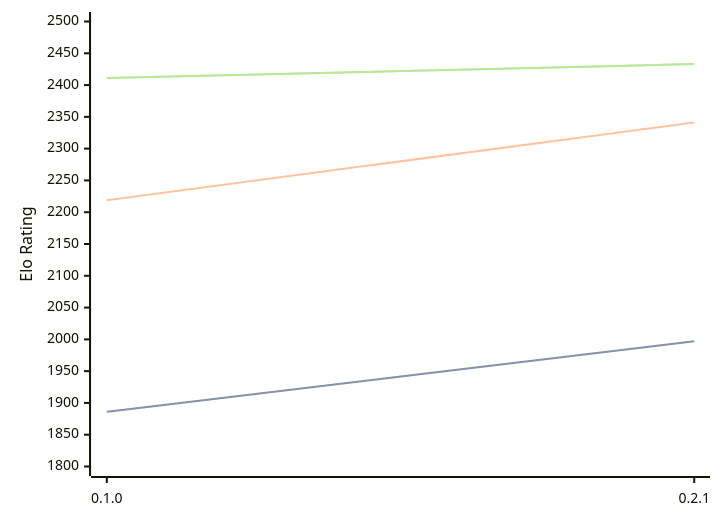
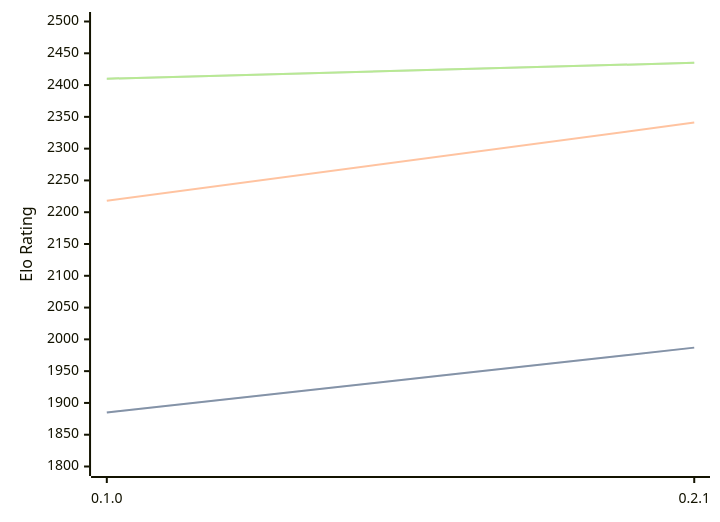
Before and after one commit to computer-chess-index/cci: the diagram in engines/Sykora.md, drawn with Mermaid. The commit also changed other lines of this file, not shown here.

Commit message:
Update CCI Ratings (ELO VLTC) - 2026-06-07

````diff
--- a/engines/Sykora.md
+++ b/engines/Sykora.md
@@ -33,11 +33,11 @@
 ```mermaid
 %%{init: {"theme":"base","themeVariables":{"seriesColors:['#a3a3a3','#222221','#faa371']}}}%%
 xychart-beta
   x-axis ["0.1.0", "0.2.1"]
   y-axis "Elo Rating" 1800 --> 2500
-  line "STC (8.0+0.08s)" [1886, 1997]
-  line "STC (8.0+0.08s)" [1886, 1997]
-  line "LTC (60.0+0.60s)" [2219, 2341]
-  line "VLTC (2m24s+1.12s)" [2411, 2433]
-  line "VLTC (2m24s+1.12s)" [2411, 2433]
+  line "STC (8.0+0.08s)" [1885, 1987]
+  line "STC (8.0+0.08s)" [1885, 1987]
+  line "LTC (60.0+0.60s)" [2218, 2341]
+  line "VLTC (2m24s+1.12s)" [2410, 2435]
+  line "VLTC (2m24s+1.12s)" [2410, 2435]
 ```
````
